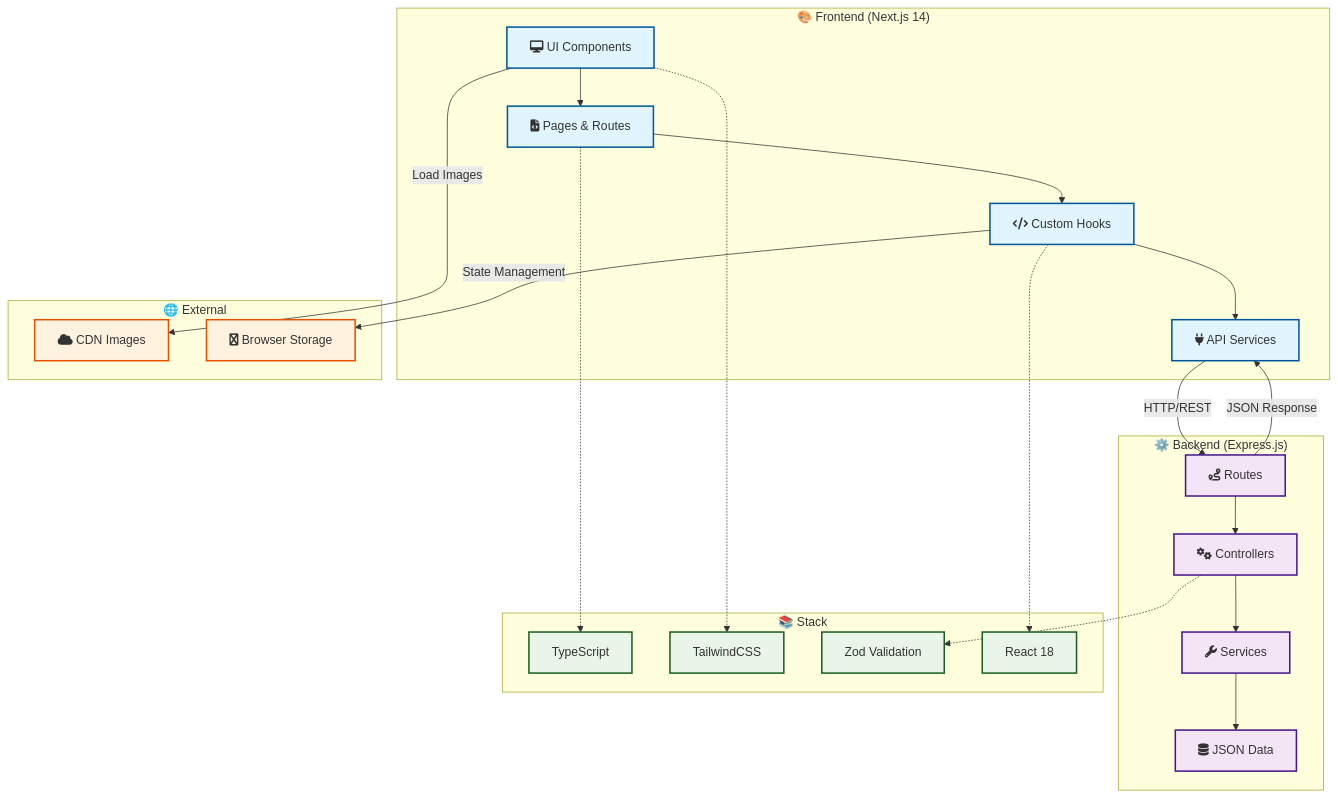
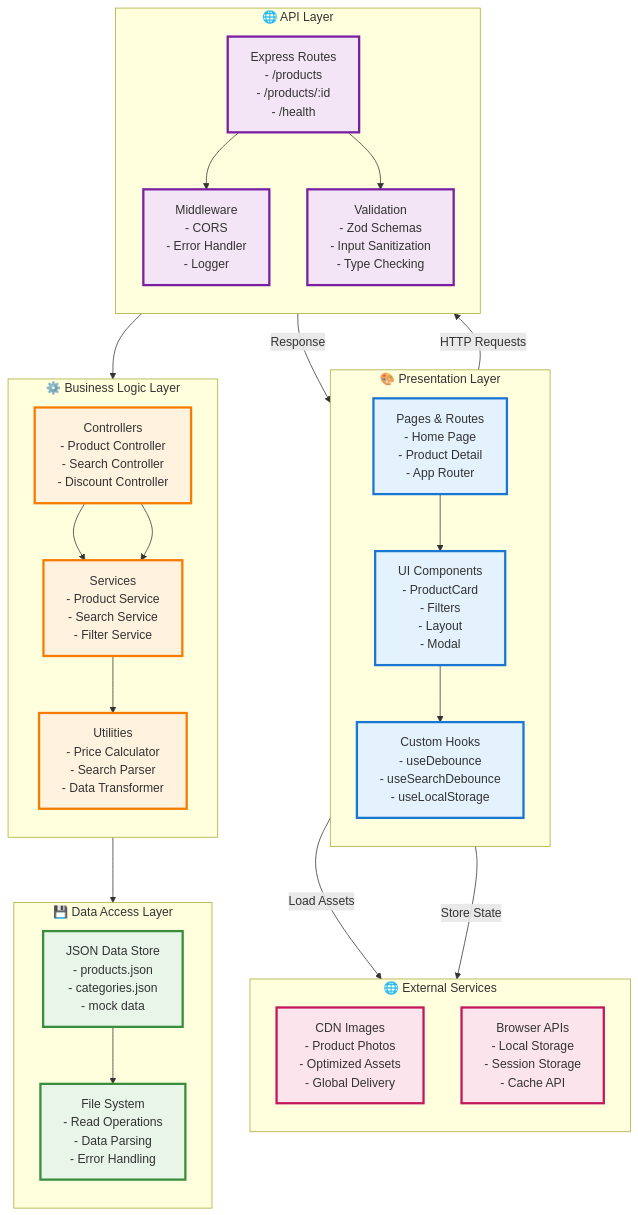
Before and after one commit to glaucia86/mercado-livre-clone: the first of 4 diagrams in README.md, drawn with Mermaid. The commit also changed other lines of this file, not shown here.

Commit message:
feat: update README to enhance project overview, architecture details, and deployment standards

````diff
--- a/README.md
+++ b/README.md
@@ -46,62 +46,74 @@
 ```mermaid
 graph TB
-    %% Frontend Layer
-    subgraph "🎨 Frontend (Next.js 14)"
-        UI[fa:fa-desktop UI Components]
-        Pages[fa:fa-file-code Pages & Routes]
-        Hooks[fa:fa-code Custom Hooks]
-        Services[fa:fa-plug API Services]
+    %% Presentation Layer
+    subgraph "🎨 Presentation Layer"
+        direction TB
+        UI[UI Components<br/>- ProductCard<br/>- Filters<br/>- Layout<br/>- Modal]
+        Pages[Pages & Routes<br/>- Home Page<br/>- Product Detail<br/>- App Router]
+        Hooks[Custom Hooks<br/>- useDebounce<br/>- useSearchDebounce<br/>- useLocalStorage]
         
-        UI --> Pages
-        Pages --> Hooks
-        Hooks --> Services
+        Pages --> UI
+        UI --> Hooks
     end
     
-    %% Backend Layer
-    subgraph "⚙️ Backend (Express.js)"
-        Routes[fa:fa-route Routes]
-        Controllers[fa:fa-cogs Controllers]
-        ServicesB[fa:fa-wrench Services]
-        Data[fa:fa-database JSON Data]
+    %% API Layer
+    subgraph "🌐 API Layer"
+        direction TB
+        Routes[Express Routes<br/>- /products<br/>- /products/:id<br/>- /health]
+        Middleware[Middleware<br/>- CORS<br/>- Error Handler<br/>- Logger]
+        Validation[Validation<br/>- Zod Schemas<br/>- Input Sanitization<br/>- Type Checking]
         
-        Routes --> Controllers
-        Controllers --> ServicesB
-        ServicesB --> Data
+        Routes --> Middleware
+        Routes --> Validation
+    end
+    
+    %% Business Logic Layer
+    subgraph "⚙️ Business Logic Layer"
+        direction TB
+        Controllers[Controllers<br/>- Product Controller<br/>- Search Controller<br/>- Discount Controller]
+        Services[Services<br/>- Product Service<br/>- Search Service<br/>- Filter Service]
+        Utils[Utilities<br/>- Price Calculator<br/>- Search Parser<br/>- Data Transformer]
+        
+        Controllers --> Services
+        Services --> Utils
+    end
+    
+    %% Data Access Layer
+    subgraph "💾 Data Access Layer"
+        direction TB
+        DataStore[JSON Data Store<br/>- products.json<br/>- categories.json<br/>- mock data]
+        FileSystem[File System<br/>- Read Operations<br/>- Data Parsing<br/>- Error Handling]
+        
+        DataStore --> FileSystem
     end
     
     %% External Services
-    subgraph "🌐 External"
-        CDN[fa:fa-cloud CDN Images]
-        Browser[fa:fa-chrome Browser Storage]
+    subgraph "🌐 External Services"
+        direction TB
+        CDN[CDN Images<br/>- Product Photos<br/>- Optimized Assets<br/>- Global Delivery]
+        Browser[Browser APIs<br/>- Local Storage<br/>- Session Storage<br/>- Cache API]
     end
     
-    %% Data Flow
-    Services -->|HTTP/REST| Routes
-    Routes -->|JSON Response| Services
+    %% Connections between layers
+    Hooks -->|HTTP Requests| Routes
+    Routes -->|Response| Hooks
+    Routes --> Controllers
+    Controllers --> Services
+    Services --> DataStore
     
-    UI -->|Load Images| CDN
-    Hooks -->|State Management| Browser
+    UI -->|Load Assets| CDN
+    Hooks -->|Store State| Browser
     
-    %% Technology Stack
-    subgraph "📚 Stack"
-        TS[TypeScript]
-        TW[TailwindCSS]
-        Zod[Zod Validation]
-        React[React 18]
-    end
+    %% Styling
+    classDef presentation fill:#e3f2fd,stroke:#1976d2,stroke-width:3px
+    classDef api fill:#f3e5f5,stroke:#7b1fa2,stroke-width:3px
+    classDef business fill:#fff3e0,stroke:#f57c00,stroke-width:3px
+    classDef data fill:#e8f5e8,stroke:#388e3c,stroke-width:3px
+    classDef external fill:#fce4ec,stroke:#c2185b,stroke-width:3px
     
-    Pages -.-> TS
-    UI -.-> TW
-    Controllers -.-> Zod
-    Hooks -.-> React
-    
-    classDef frontend fill:#e1f5fe,stroke:#01579b,stroke-width:2px
-    classDef backend fill:#f3e5f5,stroke:#4a148c,stroke-width:2px
-    classDef external fill:#fff3e0,stroke:#e65100,stroke-width:2px
-    classDef tech fill:#e8f5e8,stroke:#1b5e20,stroke-width:2px
-    
-    class UI,Pages,Hooks,Services frontend
-    class Routes,Controllers,ServicesB,Data backend
+    class UI,Pages,Hooks presentation
+    class Routes,Middleware,Validation api
+    class Controllers,Services,Utils business
+    class DataStore,FileSystem data
     class CDN,Browser external
-    class TS,TW,Zod,React tech
 ```
````
